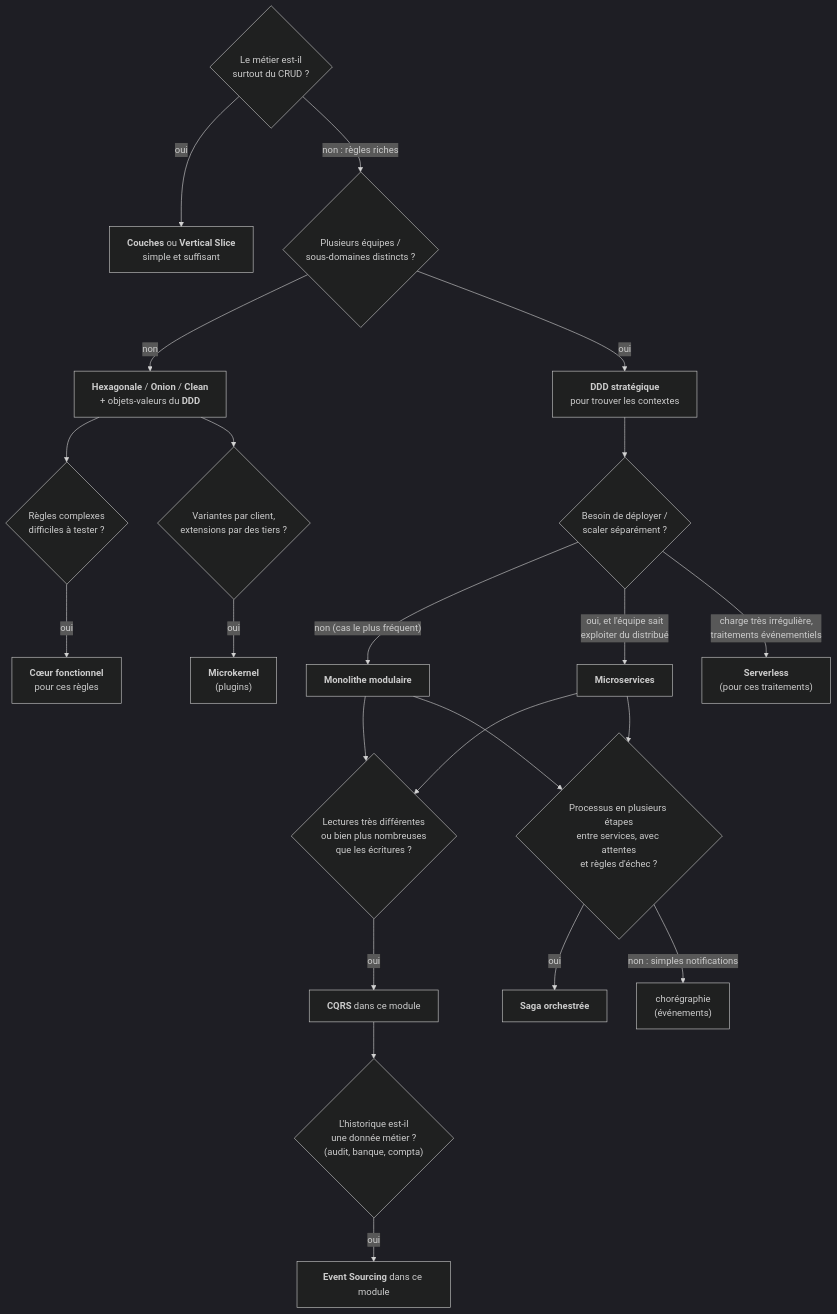
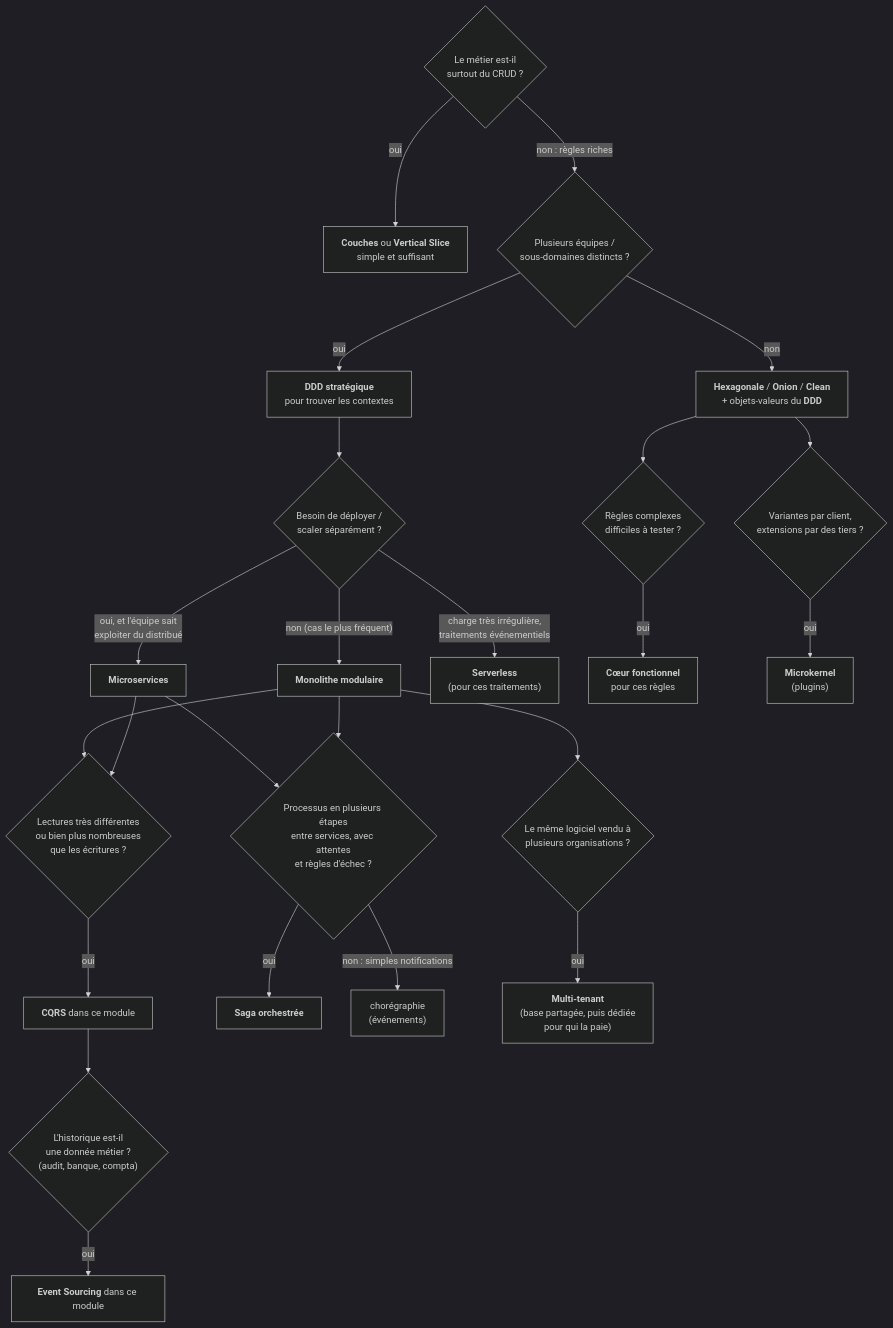
One commit to drangoht/ArchitecturesDemo changed the third of 4 diagrams in Docs/README.md. Above: the diagram before and after it, drawn with Mermaid (dark theme). The commit also changed other lines of this file and 30 other files, not shown here.

First line of the commit message:
Ajoute la démo Multi-tenant (SaaS)

````diff
--- a/Docs/README.md
+++ b/Docs/README.md
@@ -102,24 +104,26 @@
 ```mermaid
 flowchart TD
     A{"Le métier est-il<br/>surtout du CRUD ?"} -->|oui| B["<b>Couches</b> ou <b>Vertical Slice</b><br/>simple et suffisant"]
     A -->|"non : règles riches"| C{"Plusieurs équipes /<br/>sous-domaines distincts ?"}
     C -->|non| D["<b>Hexagonale</b> / <b>Onion</b> / <b>Clean</b><br/>+ objets-valeurs du <b>DDD</b>"]
     C -->|oui| E["<b>DDD stratégique</b><br/>pour trouver les contextes"]
     E --> F{"Besoin de déployer /<br/>scaler séparément ?"}
     F -->|"non (cas le plus fréquent)"| G["<b>Monolithe modulaire</b>"]
     F -->|"oui, et l'équipe sait<br/>exploiter du distribué"| H["<b>Microservices</b>"]
     F -->|"charge très irrégulière,<br/>traitements événementiels"| S["<b>Serverless</b><br/>(pour ces traitements)"]
     G --> I{"Lectures très différentes<br/>ou bien plus nombreuses<br/>que les écritures ?"}
     H --> I
     I -->|oui| J["<b>CQRS</b> dans ce module"]
     J --> K{"L'historique est-il<br/>une donnée métier ?<br/>(audit, banque, compta)"}
     K -->|oui| L["<b>Event Sourcing</b> dans ce module"]
     D --> M{"Règles complexes<br/>difficiles à tester ?"}
     M -->|oui| N["<b>Cœur fonctionnel</b><br/>pour ces règles"]
     D --> P{"Variantes par client,<br/>extensions par des tiers ?"}
     P -->|oui| Q["<b>Microkernel</b><br/>(plugins)"]
     H --> T{"Processus en plusieurs étapes<br/>entre services, avec attentes<br/>et règles d'échec ?"}
     G --> T
     T -->|oui| U["<b>Saga orchestrée</b>"]
     T -->|"non : simples notifications"| V["chorégraphie<br/>(événements)"]
+    G --> W{"Le même logiciel vendu à<br/>plusieurs organisations ?"}
+    W -->|oui| X["<b>Multi-tenant</b><br/>(base partagée, puis dédiée<br/>pour qui la paie)"]
 ```
````
